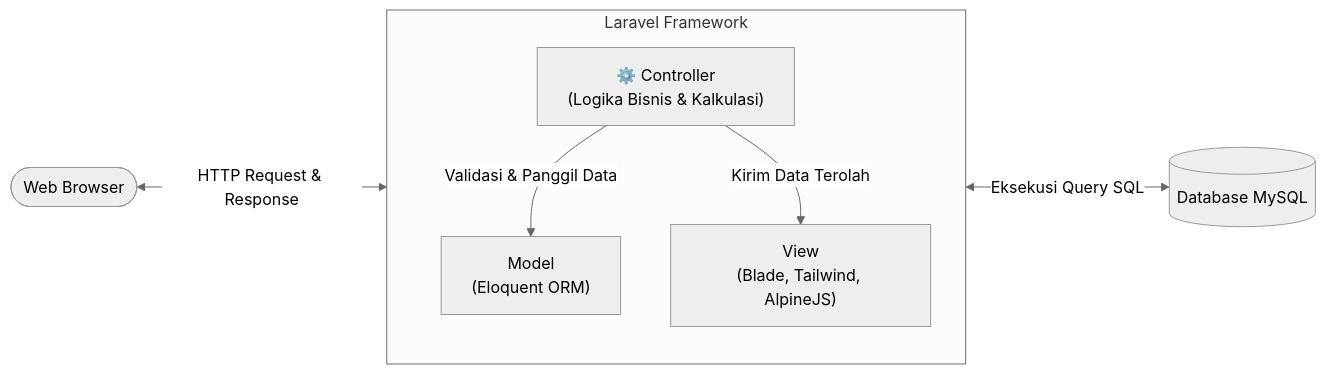
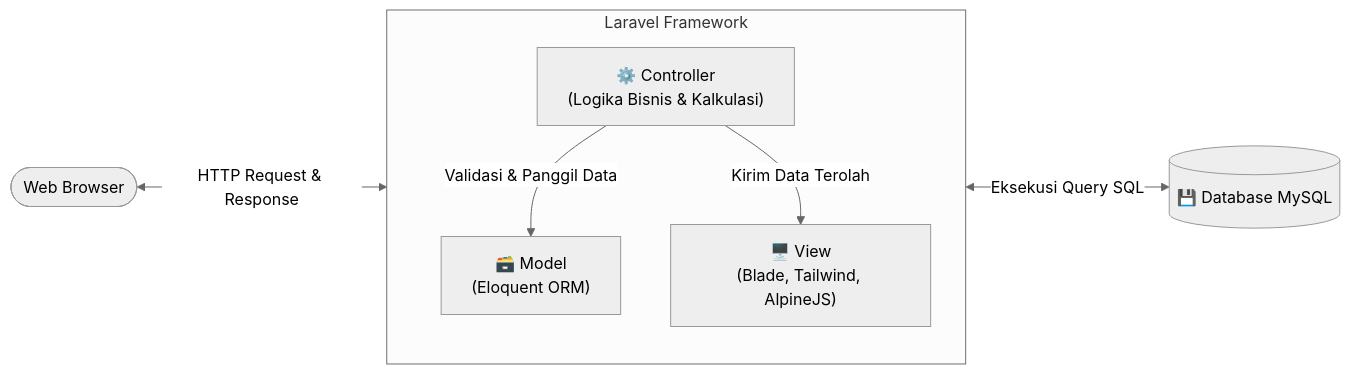
Before and after one commit to Adin725/nutrigate-mbg-system: the first of 2 diagrams in README.md, drawn with Mermaid (neutral theme). The commit also changed other lines of this file, not shown here.

````diff
--- a/README.md
+++ b/README.md
@@ -22,16 +22,16 @@
 ```mermaid
 flowchart LR
     Client([Web Browser]) <-->|"HTTP Request & Response"| Controller
 
     subgraph "Laravel Framework"
         direction TB
         Controller["⚙️ Controller\n(Logika Bisnis & Kalkulasi)"]
-        Model["Model\n(Eloquent ORM)"]
-        View["View\n(Blade, Tailwind, AlpineJS)"]
+        Model["🗃️ Model\n(Eloquent ORM)"]
+        View["🖥️ View\n(Blade, Tailwind, AlpineJS)"]
 
         Controller -->|"Validasi & Panggil Data"| Model
         Controller -->|"Kirim Data Terolah"| View
     end
 
-    Model <-->|"Eksekusi Query SQL"| DB[("Database MySQL")]
+    Model <-->|"Eksekusi Query SQL"| DB[("💾 Database MySQL")]
 ```
````
